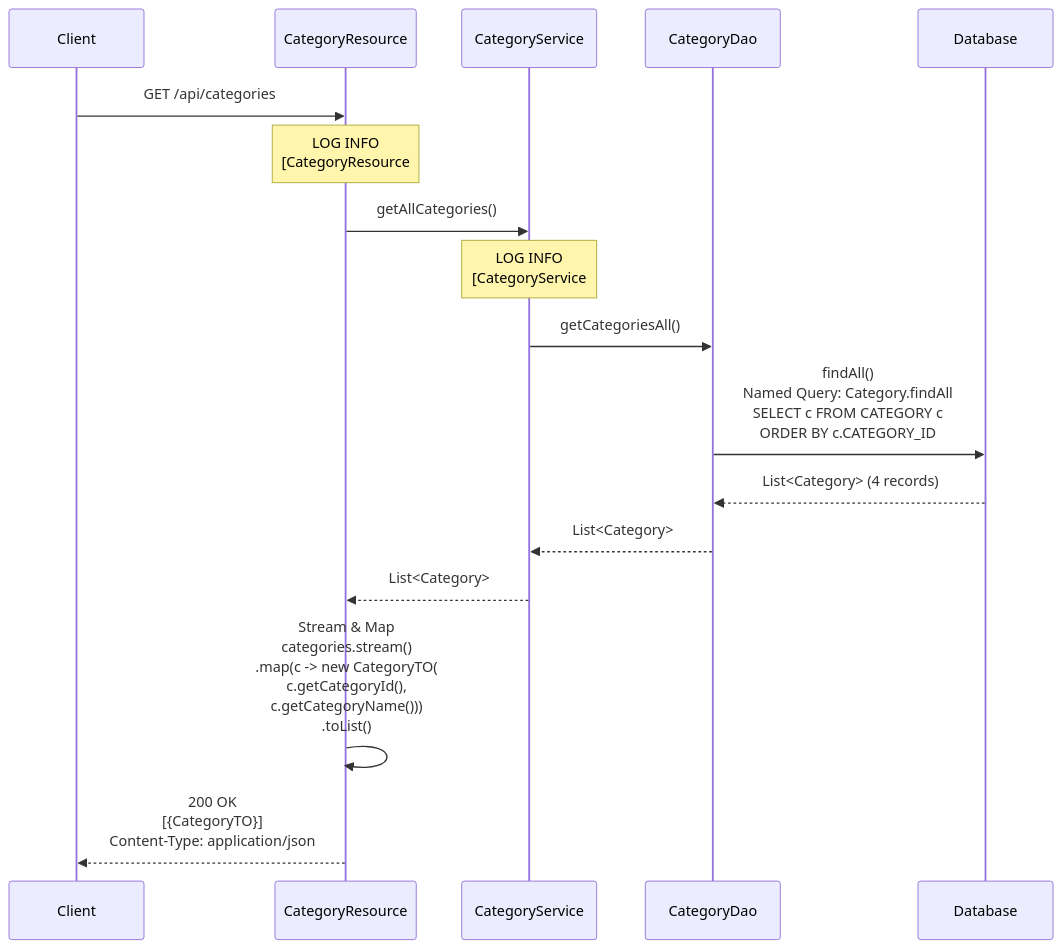
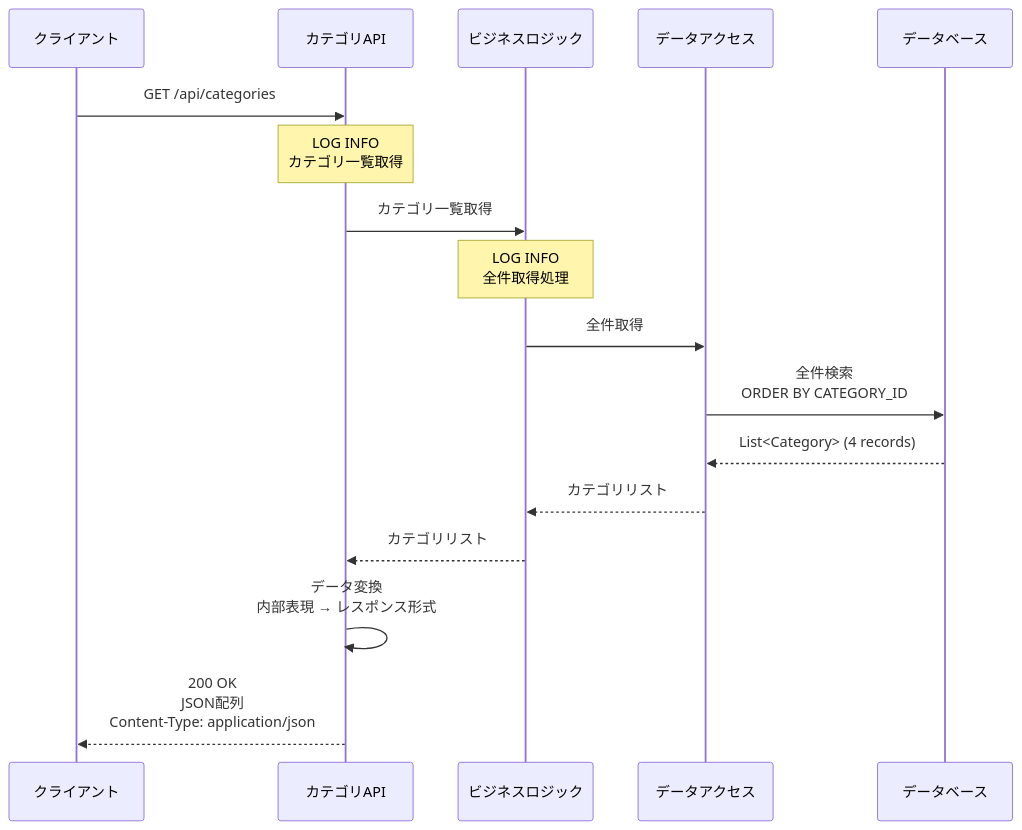
Before and after one commit to KenyaSaitoh/ai_driven_dev_202601: the first of 5 diagrams in projects/sdd/bookstore/back-office-api-sdd/specs/baseline/api/API_003_categories/functional_design.md, drawn with Mermaid. The commit also changed other lines of this file and 52 other files, not shown here.

````diff
--- a/projects/sdd/bookstore/back-office-api-sdd/specs/baseline/api/API_003_categories/functional_design.md
+++ b/projects/sdd/bookstore/back-office-api-sdd/specs/baseline/api/API_003_categories/functional_design.md
@@ -315,22 +272,22 @@
 ```mermaid
 sequenceDiagram
-    participant Client
-    participant CategoryResource
-    participant CategoryService
-    participant CategoryDao
-    participant Database
+    participant Client as クライアント
+    participant API as カテゴリAPI
+    participant BizLogic as ビジネスロジック
+    participant DataAccess as データアクセス
+    participant Database as データベース
 
-    Client->>CategoryResource: GET /api/categories
-    Note over CategoryResource: LOG INFO<br/>[CategoryResource#getAllCategories]
-    CategoryResource->>CategoryService: getAllCategories()
-    Note over CategoryService: LOG INFO<br/>[CategoryService#getCategoriesAll]
-    CategoryService->>CategoryDao: getCategoriesAll()
-    CategoryDao->>Database: findAll()<br/>Named Query: Category.findAll<br/>SELECT c FROM CATEGORY c<br/>ORDER BY c.CATEGORY_ID
-    Database-->>CategoryDao: List<Category> (4 records)
-    CategoryDao-->>CategoryService: List<Category>
-    CategoryService-->>CategoryResource: List<Category>
+    Client->>API: GET /api/categories
+    Note over API: LOG INFO<br/>カテゴリ一覧取得
+    API->>BizLogic: カテゴリ一覧取得
+    Note over BizLogic: LOG INFO<br/>全件取得処理
+    BizLogic->>DataAccess: 全件取得
+    DataAccess->>Database: 全件検索<br/>ORDER BY CATEGORY_ID
+    Database-->>DataAccess: List<Category> (4 records)
+    DataAccess-->>BizLogic: カテゴリリスト
+    BizLogic-->>API: カテゴリリスト
     
-    CategoryResource->>CategoryResource: Stream & Map<br/>categories.stream()<br/>.map(c -> new CategoryTO(<br/>  c.getCategoryId(),<br/>  c.getCategoryName()))<br/>.toList()
+    API->>API: データ変換<br/>内部表現 → レスポンス形式
     
-    CategoryResource-->>Client: 200 OK<br/>[{CategoryTO}]<br/>Content-Type: application/json
+    API-->>Client: 200 OK<br/>JSON配列<br/>Content-Type: application/json
 ```
````
